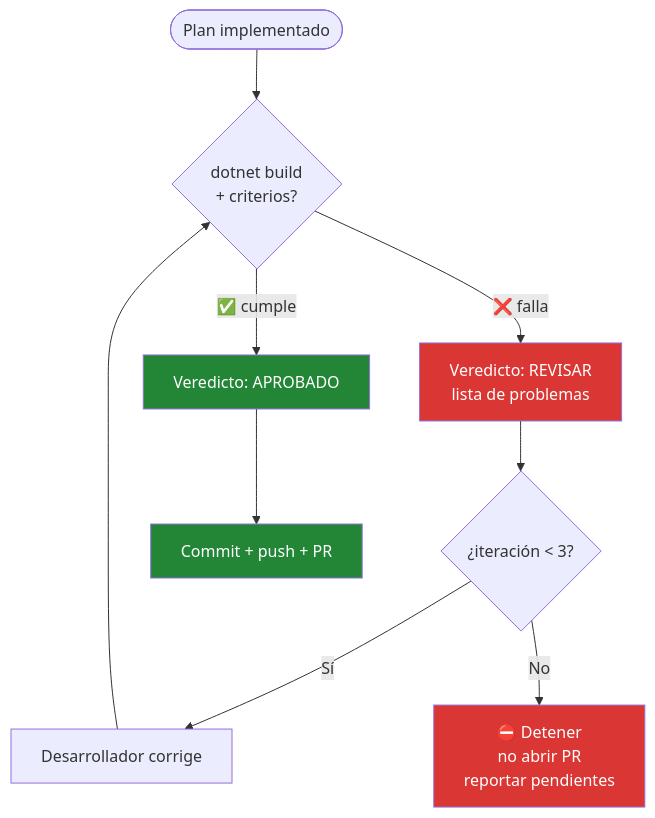
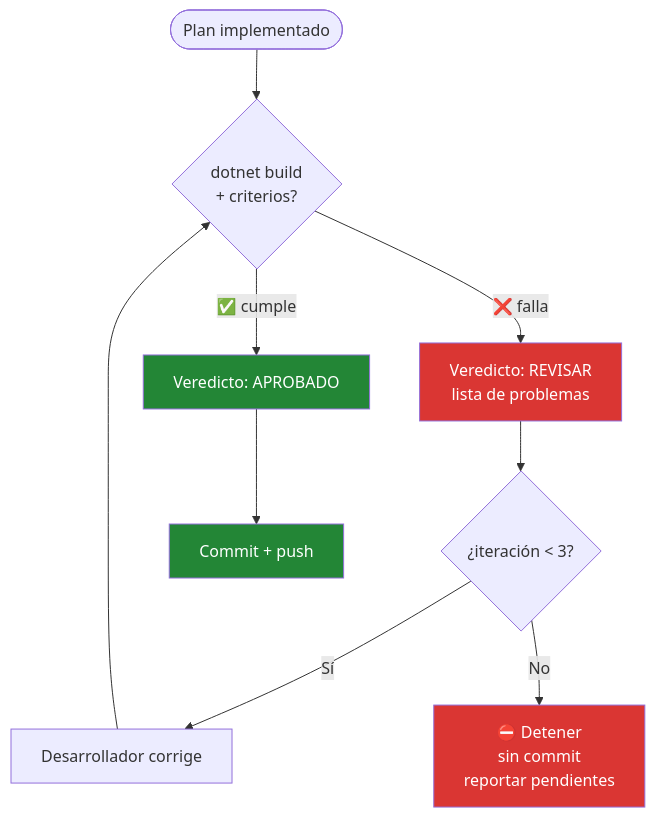
One commit to hispafox/DemoCopilot changed the third of 6 diagrams in docs/ARQUITECTURA-AGENTES.md. Above: the diagram before and after it, drawn with Mermaid. The commit also changed other lines of this file and 3 other files, not shown here.

````diff
--- a/docs/ARQUITECTURA-AGENTES.md
+++ b/docs/ARQUITECTURA-AGENTES.md
@@ -135,15 +109,15 @@
 ```mermaid
 flowchart TD
     START([Plan implementado]) --> BUILD{dotnet build<br/>+ criterios?}
     BUILD -->|✅ cumple| OK[Veredicto: APROBADO]
     BUILD -->|❌ falla| REV[Veredicto: REVISAR<br/>lista de problemas]
     REV --> CHECK{¿iteración < 3?}
     CHECK -->|Sí| FIX[Desarrollador corrige] --> BUILD
-    CHECK -->|No| STOP[⛔ Detener<br/>no abrir PR<br/>reportar pendientes]
-    OK --> PR[Commit + push + PR]
+    CHECK -->|No| STOP[⛔ Detener<br/>sin commit<br/>reportar pendientes]
+    OK --> COMMIT[Commit + push]
 
     classDef good fill:#238636,color:#fff;
     classDef bad fill:#da3633,color:#fff;
-    class OK,PR good;
+    class OK,COMMIT good;
     class STOP,REV bad;
 ```
````
